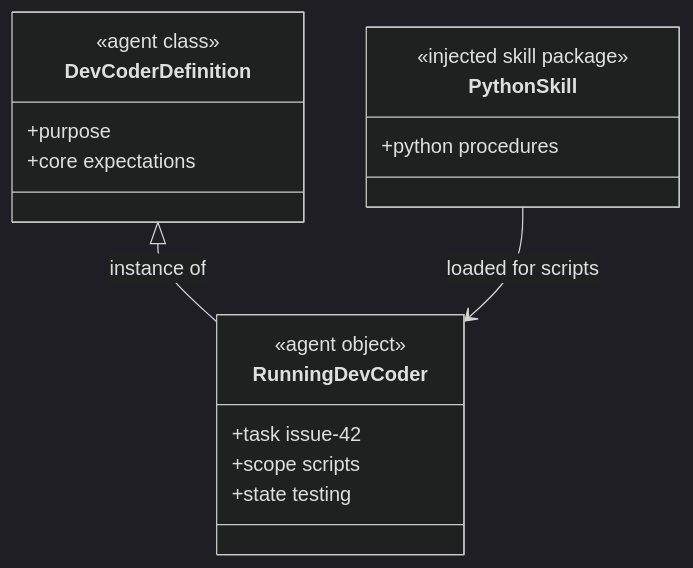
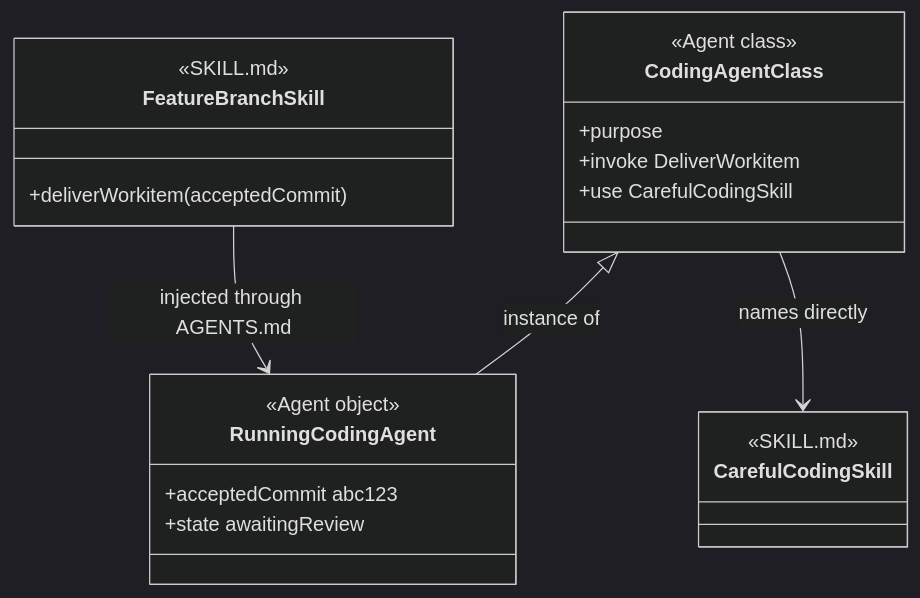
One commit to martinbechard/dev-methodology changed the ninth of 10 diagrams in design/object-oriented-agent-and-skill-model.md. Above: the diagram before and after it, drawn with Mermaid (dark theme). The commit also changed other lines of this file and 2 other files, not shown here.

Commit message:
Clarify injectable and coupled skill model

````diff
--- a/design/object-oriented-agent-and-skill-model.md
+++ b/design/object-oriented-agent-and-skill-model.md
@@ -244,25 +362,32 @@
 ```mermaid
 classDiagram
     direction TB
 
-    class DevCoderDefinition {
-        <<agent class>>
+    class CodingAgentClass {
+        <<Agent class>>
         +purpose
-        +core expectations
+        +invoke DeliverWorkitem
+        +use CarefulCodingSkill
     }
 
-    class RunningDevCoder {
-        <<agent object>>
-        +task issue-42
-        +scope scripts
-        +state testing
+    class RunningCodingAgent {
+        <<Agent object>>
+        +acceptedCommit abc123
+        +state awaitingReview
     }
 
-    class PythonSkill {
-        <<injected skill package>>
-        +python procedures
+    class CarefulCodingSkill {
+        <<SKILL.md>>
+        <<Coupled Skill>>
     }
 
-    DevCoderDefinition <|-- RunningDevCoder : instance of
-    PythonSkill --> RunningDevCoder : loaded for scripts
+    class FeatureBranchSkill {
+        <<SKILL.md>>
+        <<Injectable Skill>>
+        +deliverWorkitem(acceptedCommit)
+    }
+
+    CodingAgentClass <|-- RunningCodingAgent : instance of
+    CodingAgentClass --> CarefulCodingSkill : names directly
+    FeatureBranchSkill --> RunningCodingAgent : injected through AGENTS.md
 ```
````
